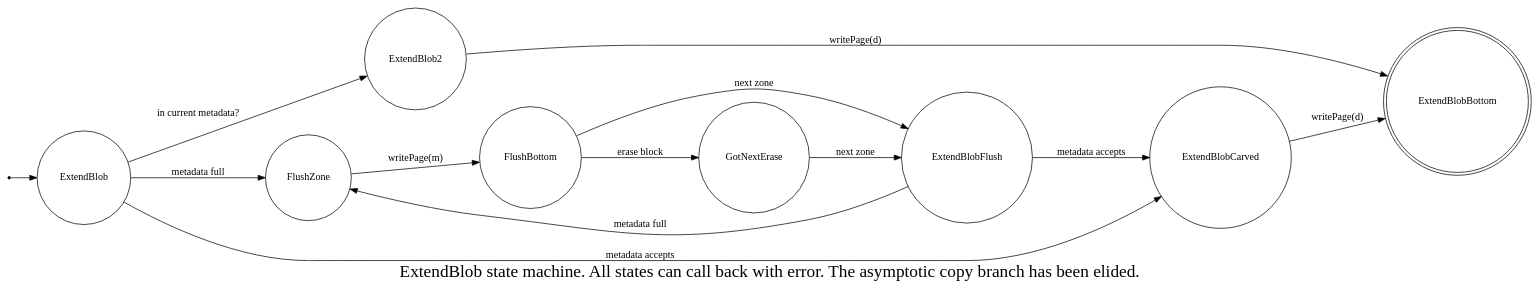
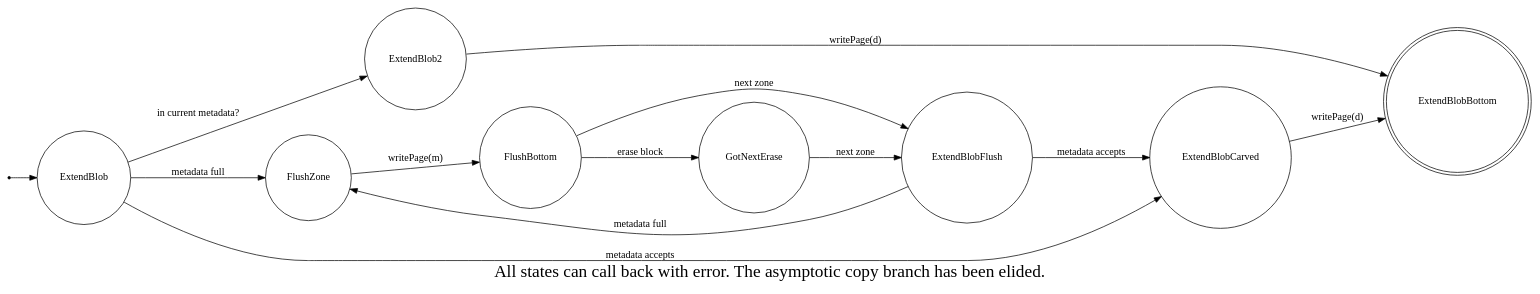
Before and after one commit to dirty-south-supercomputing/technicalreports: the diagram in 002-µnandfs/ExtendBlob.dot, drawn with Graphviz. The commit also changed 6 other files, not shown here.

Commit message:
[002] one diagram left

```diff
--- a/002-µnandfs/ExtendBlob.dot
+++ b/002-µnandfs/ExtendBlob.dot
@@ -1,21 +1,21 @@
 digraph ExtendBlob {
     rankdir=LR;
     fontsize=24;
-    label="ExtendBlob state machine. All states can call back with error. The asymptotic copy branch has been elided.";
+    label="All states can call back with error. The asymptotic copy branch has been elided.";
     node [shape = doublecircle]; ExtendBlobBottom;
     node [shape = point ]; qi
 
     node [shape = circle];
     qi -> ExtendBlob;
     ExtendBlob -> ExtendBlob2 [ label = "in current metadata?" ];
     ExtendBlob2 -> ExtendBlobBottom  [ label = "writePage(d)" ];
     ExtendBlob -> FlushZone  [ label = "metadata full" ];
     ExtendBlob -> ExtendBlobCarved [ label = "metadata accepts" ];
     FlushZone -> FlushBottom [ label = "writePage(m)" ];
     FlushBottom -> ExtendBlobFlush [ label = "next zone" ];
     FlushBottom -> GotNextErase [ label = "erase block" ];
     GotNextErase -> ExtendBlobFlush [ label = "next zone" ];
     ExtendBlobFlush -> ExtendBlobCarved [ label = "metadata accepts" ];
     ExtendBlobFlush -> FlushZone [ label = "metadata full" ];
     ExtendBlobCarved -> ExtendBlobBottom [ label = "writePage(d)" ];
 }
```
